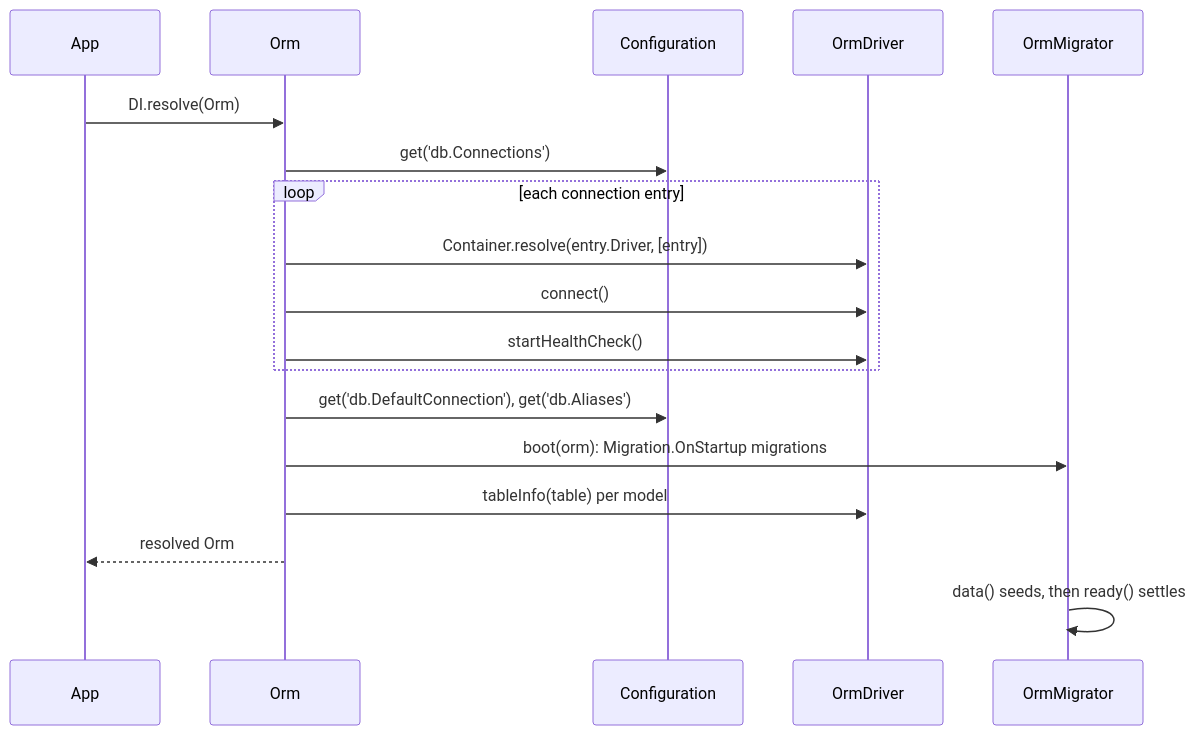
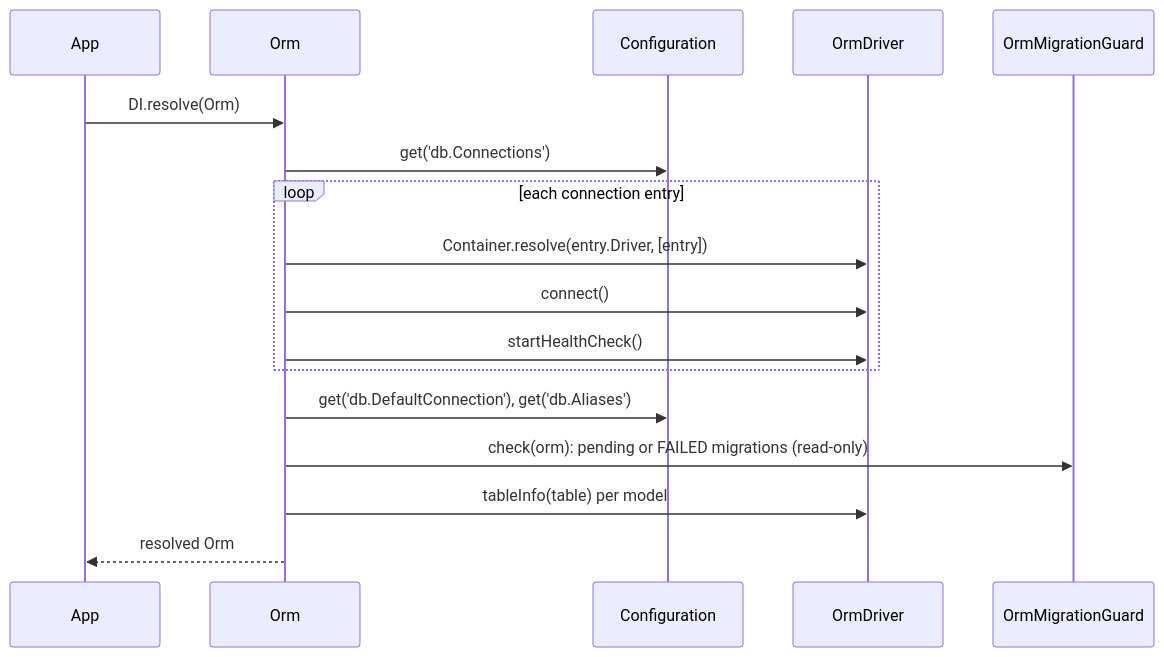
The diagram in docs/orm/01-connections.md (spinajs/main), drawn with Mermaid before and after one commit. The commit also changed other lines of this file and 163 other files, not shown here.

````diff
--- a/docs/orm/01-connections.md
+++ b/docs/orm/01-connections.md
@@ -23,20 +23,19 @@
 ```mermaid
 sequenceDiagram
   participant App
   participant Orm
   participant Configuration
   participant Driver as OrmDriver
-  participant Mg as OrmMigrator
+  participant G as OrmMigrationGuard
   App->>Orm: DI.resolve(Orm)
   Orm->>Configuration: get('db.Connections')
   loop each connection entry
     Orm->>Driver: Container.resolve(entry.Driver, [entry])
     Orm->>Driver: connect()
     Orm->>Driver: startHealthCheck()
   end
   Orm->>Configuration: get('db.DefaultConnection'), get('db.Aliases')
-  Orm->>Mg: boot(orm): Migration.OnStartup migrations
+  Orm->>G: check(orm): pending or FAILED migrations (read-only)
   Orm->>Driver: tableInfo(table) per model
   Orm-->>App: resolved Orm
-  Mg->>Mg: data() seeds, then ready() settles
 ```
````
